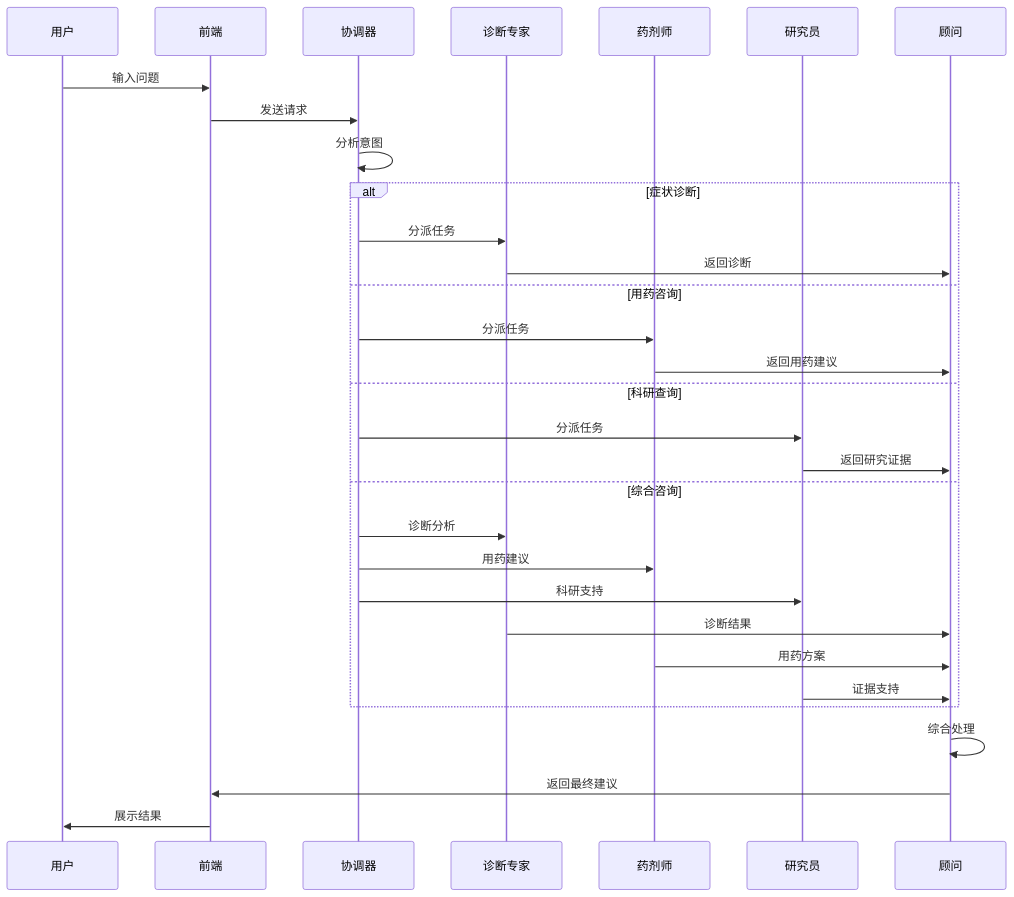
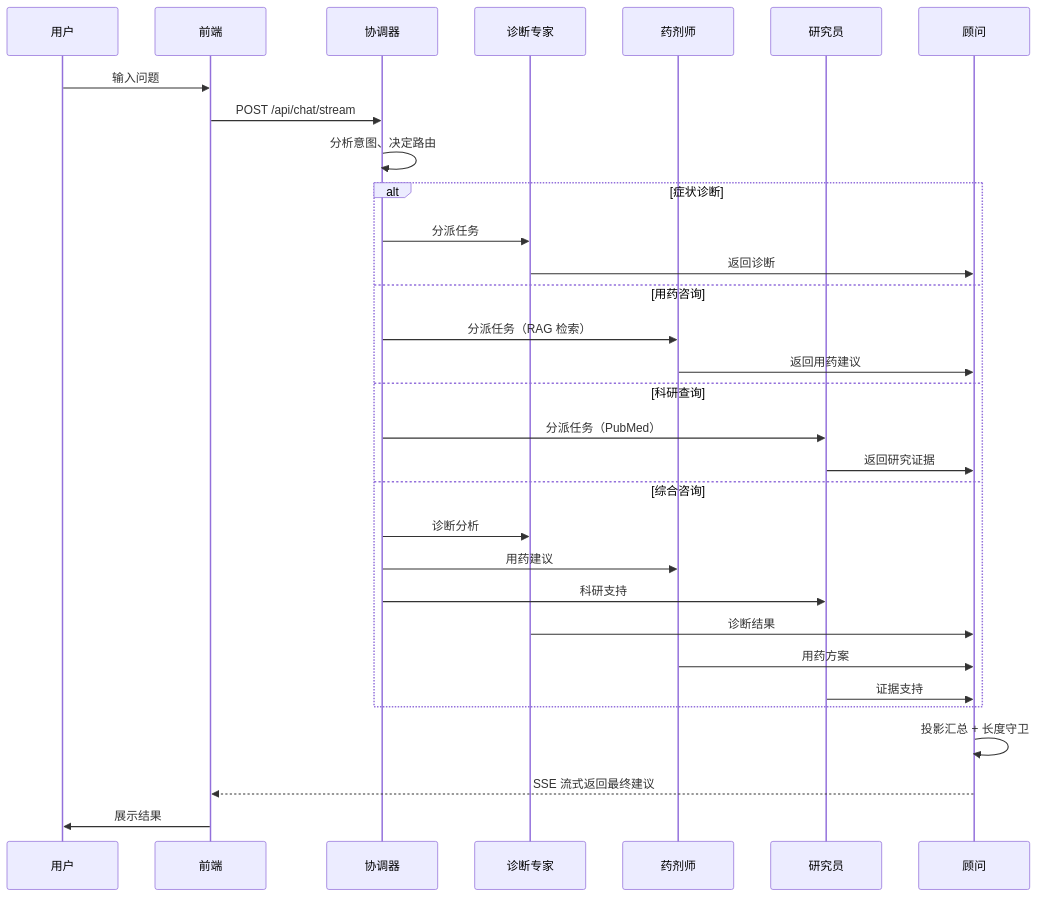
Before and after one commit to js0205/langgraph-project: the second of 2 diagrams in README.md, drawn with Mermaid. The commit also changed other lines of this file, not shown here.

Commit message:
docs(readme): 重写 README，对齐真实代码架构、API 与文档

````diff
--- a/README.md
+++ b/README.md
@@ -323,36 +216,36 @@
 ```mermaid
 sequenceDiagram
     participant U as 用户
     participant F as 前端
     participant C as 协调器
     participant D as 诊断专家
     participant P as 药剂师
     participant R as 研究员
     participant A as 顾问
 
     U->>F: 输入问题
-    F->>C: 发送请求
-    C->>C: 分析意图
-    
+    F->>C: POST /api/chat/stream
+    C->>C: 分析意图、决定路由
+
     alt 症状诊断
         C->>D: 分派任务
         D->>A: 返回诊断
     else 用药咨询
-        C->>P: 分派任务
+        C->>P: 分派任务（RAG 检索）
         P->>A: 返回用药建议
     else 科研查询
-        C->>R: 分派任务
+        C->>R: 分派任务（PubMed）
         R->>A: 返回研究证据
     else 综合咨询
         C->>D: 诊断分析
         C->>P: 用药建议
         C->>R: 科研支持
         D->>A: 诊断结果
         P->>A: 用药方案
         R->>A: 证据支持
     end
-    
-    A->>A: 综合处理
-    A->>F: 返回最终建议
+
+    A->>A: 投影汇总 + 长度守卫
+    A-->>F: SSE 流式返回最终建议
     F->>U: 展示结果
 ```
````
